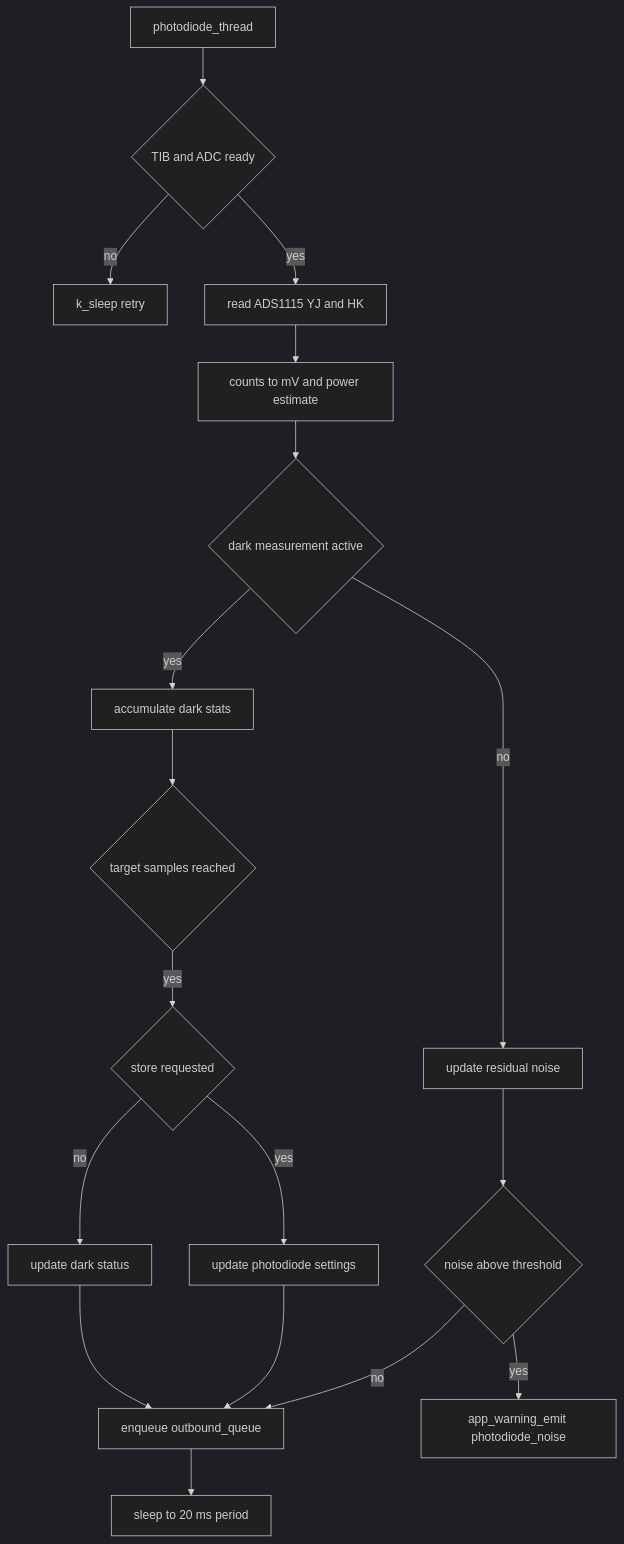
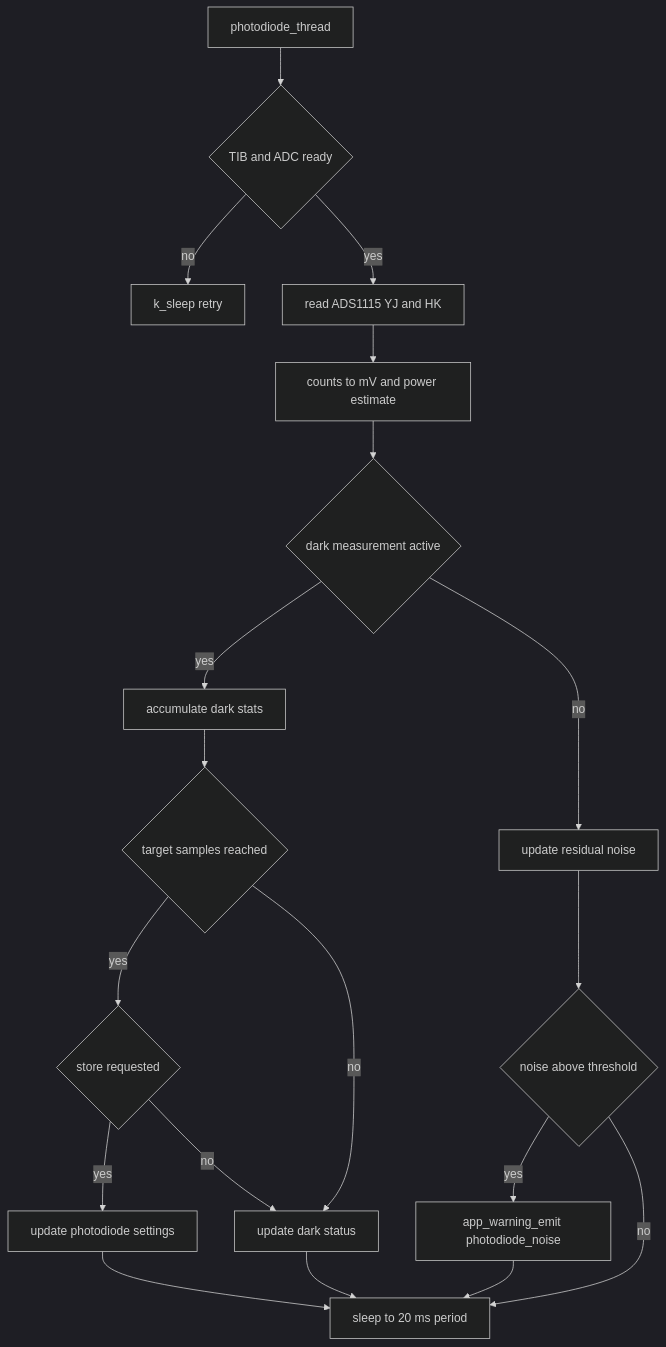
Before and after one commit to COO-Utilities/hispec-tib: the tenth of 22 diagrams in doc/diagrams.md, drawn with Mermaid (dark theme). The commit also changed other lines of this file, not shown here.

Commit message:
Add throughput monitor flow diagrams, update related flows, and align documentation numbering.

````diff
--- a/doc/diagrams.md
+++ b/doc/diagrams.md
@@ -181,20 +189,21 @@
 ```mermaid
 flowchart TD
   Thread[photodiode_thread] --> Board{TIB and ADC ready}
   Board -- no --> Sleep[k_sleep retry]
   Board -- yes --> Sample[read ADS1115 YJ and HK]
   Sample --> Convert[counts to mV and power estimate]
   Convert --> Dark{dark measurement active}
   Dark -- yes --> Accumulate[accumulate dark stats]
   Accumulate --> Complete{target samples reached}
   Complete -- yes --> Store{store requested}
   Store -- yes --> Persist[update photodiode settings]
   Store -- no --> Status[update dark status]
+  Complete -- no --> Status
   Dark -- no --> Noise[update residual noise]
-  Status --> Telemetry[enqueue outbound_queue]
-  Persist --> Telemetry
+  Status --> SleepPeriod[sleep to 20 ms period]
+  Persist --> SleepPeriod
   Noise --> Warn{noise above threshold}
   Warn -- yes --> Emit[app_warning_emit photodiode_noise]
-  Warn -- no --> Telemetry
-  Telemetry --> SleepPeriod[sleep to 20 ms period]
+  Warn -- no --> SleepPeriod
+  Emit --> SleepPeriod
 ```
````
